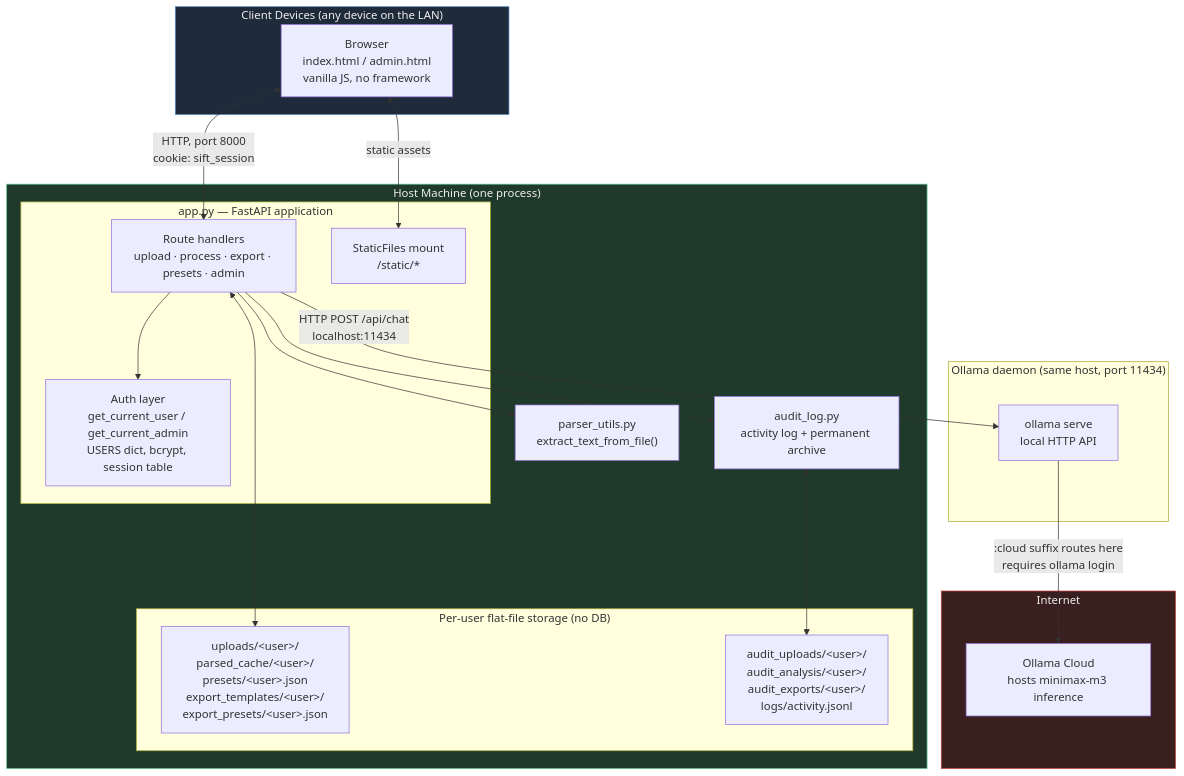
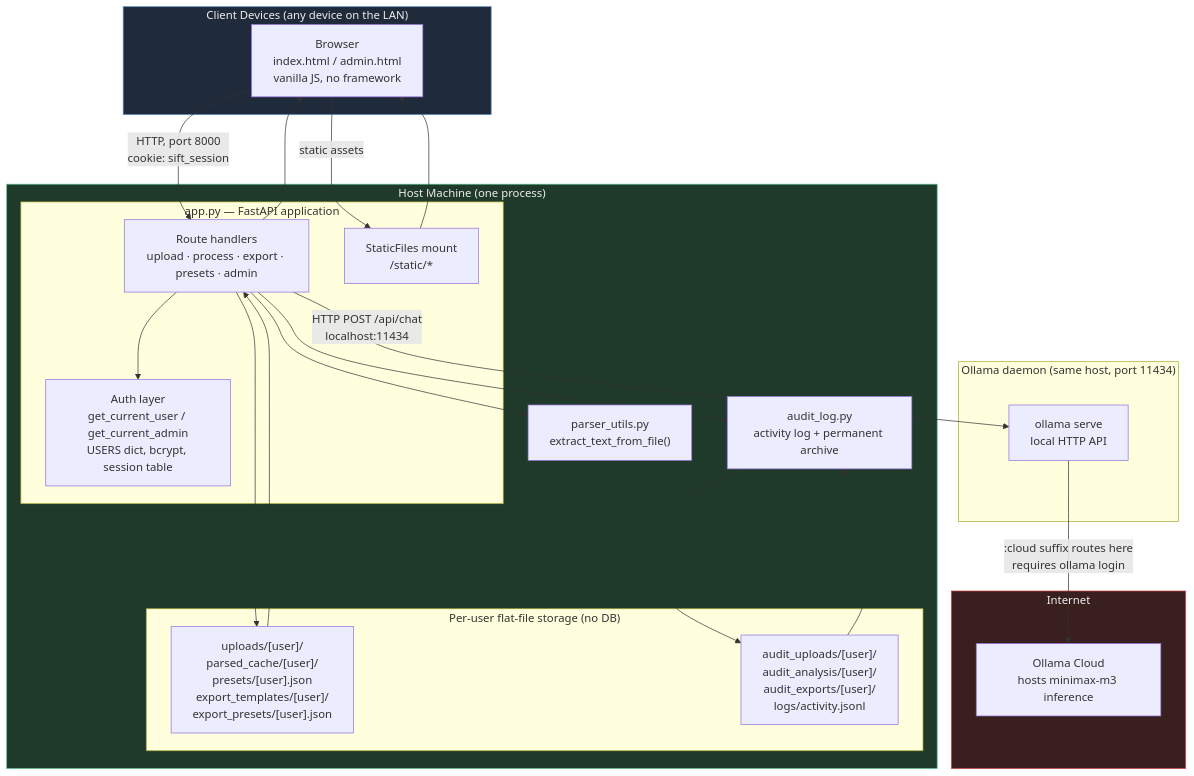
Before and after one commit to Karang1908/Sift: the first of 10 diagrams in ARCHITECTURE.md, drawn with Mermaid. The commit also changed other lines of this file, not shown here.

Commit message:
Fix Mermaid diagram syntax in ARCHITECTURE.md to resolve rendering issues

````diff
--- a/ARCHITECTURE.md
+++ b/ARCHITECTURE.md
@@ -45,44 +45,48 @@
 ```mermaid
 graph TB
     subgraph Client["Client Devices (any device on the LAN)"]
         Browser["Browser<br/>index.html / admin.html<br/>vanilla JS, no framework"]
     end
 
     subgraph Host["Host Machine (one process)"]
         subgraph WebLayer["app.py — FastAPI application"]
             Auth["Auth layer<br/>get_current_user / get_current_admin<br/>USERS dict, bcrypt, session table"]
             Routes["Route handlers<br/>upload · process · export · presets · admin"]
             Static["StaticFiles mount<br/>/static/*"]
         end
 
         Parser["parser_utils.py<br/>extract_text_from_file()"]
         AuditLog["audit_log.py<br/>activity log + permanent archive"]
 
         subgraph Storage["Per-user flat-file storage (no DB)"]
-            Live["uploads/&lt;user&gt;/<br/>parsed_cache/&lt;user&gt;/<br/>presets/&lt;user&gt;.json<br/>export_templates/&lt;user&gt;/<br/>export_presets/&lt;user&gt;.json"]
-            Archive["audit_uploads/&lt;user&gt;/<br/>audit_analysis/&lt;user&gt;/<br/>audit_exports/&lt;user&gt;/<br/>logs/activity.jsonl"]
+            Live["uploads/[user]/<br/>parsed_cache/[user]/<br/>presets/[user].json<br/>export_templates/[user]/<br/>export_presets/[user].json"]
+            Archive["audit_uploads/[user]/<br/>audit_analysis/[user]/<br/>audit_exports/[user]/<br/>logs/activity.jsonl"]
         end
     end
 
     subgraph OllamaHost["Ollama daemon (same host, port 11434)"]
         OllamaLocal["ollama serve<br/>local HTTP API"]
     end
 
     subgraph Cloud["Internet"]
         OllamaCloud["Ollama Cloud<br/>hosts minimax-m3 inference"]
     end
 
-    Browser <-->|"HTTP, port 8000<br/>cookie: sift_session"| Routes
-    Browser <-->|"static assets"| Static
+    Browser -->|"HTTP, port 8000<br/>cookie: sift_session"| Routes
+    Routes --> Browser
+    Browser -->|"static assets"| Static
+    Static --> Browser
     Routes --> Auth
     Routes --> Parser
     Routes --> AuditLog
-    Routes <--> Live
-    AuditLog <--> Archive
+    Routes --> Live
+    Live --> Routes
+    AuditLog --> Archive
+    Archive --> AuditLog
     Routes -->|"HTTP POST /api/chat<br/>localhost:11434"| OllamaLocal
     OllamaLocal -->|":cloud suffix routes here<br/>requires ollama login"| OllamaCloud
 
     style Cloud fill:#3a1f1f,stroke:#c44,color:#eee
     style Client fill:#1f2a3a,stroke:#5a8fc4,color:#eee
     style Host fill:#1f3a2a,stroke:#5ac48f,color:#eee
 ```
````
